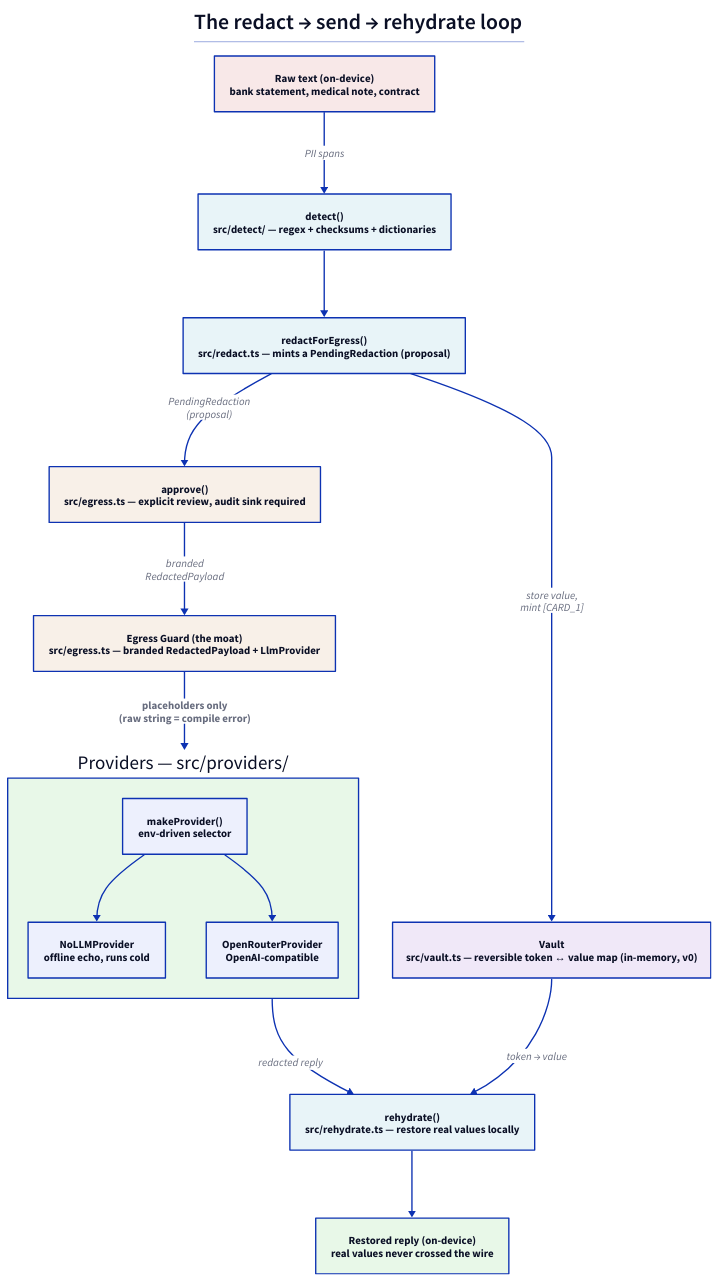
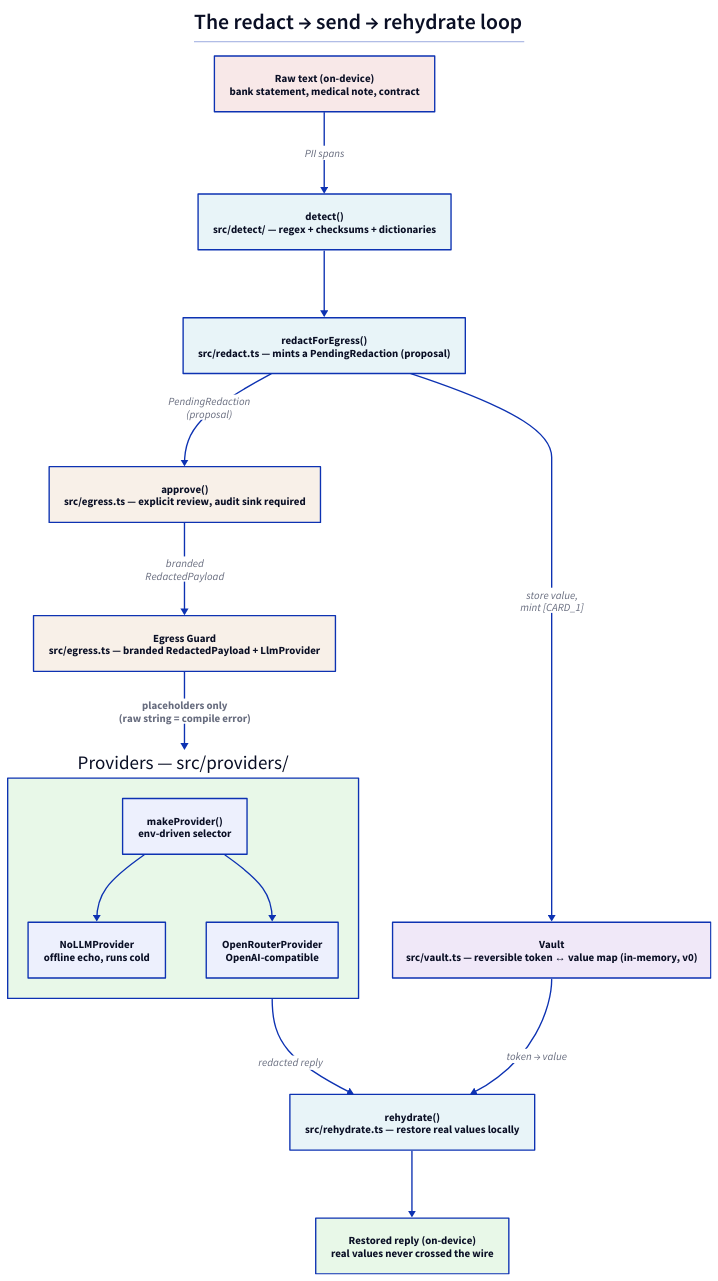
The diagram in docs/diagrams/privacy-loop.d2 (hseshadr/privacy-core), drawn with D2 before and after one commit. The commit also changed 5 other files, not shown here.

```diff
--- a/docs/diagrams/privacy-loop.d2
+++ b/docs/diagrams/privacy-loop.d2
@@ -1,58 +1,58 @@
 direction: down
 
 title: |md
   # The redact → send → rehydrate loop
 | {near: top-center}
 
 raw: "Raw text (on-device)\nbank statement, medical note, contract" {
   style.fill: "#f8e8e8"
 }
 
 detect: "detect()\nsrc/detect/ — regex + checksums + dictionaries" {
   style.fill: "#e8f4f8"
 }
 
 vault: "Vault\nsrc/vault.ts — reversible token ↔ value map (in-memory, v0)" {
   style.fill: "#f0e8f8"
 }
 
 redact: "redactForEgress()\nsrc/redact.ts — mints a PendingRedaction (proposal)" {
   style.fill: "#e8f4f8"
 }
 
 approve: "approve()\nsrc/egress.ts — explicit review, audit sink required" {
   style.fill: "#f8f0e8"
 }
 
-guard: "Egress Guard (the moat)\nsrc/egress.ts — branded RedactedPayload + LlmProvider" {
+guard: "Egress Guard\nsrc/egress.ts — branded RedactedPayload + LlmProvider" {
   style.fill: "#f8f0e8"
 }
 
 providers: "Providers — src/providers/" {
   style.fill: "#e8f8e8"
   nollm: "NoLLMProvider\noffline echo, runs cold"
   openrouter: "OpenRouterProvider\nOpenAI-compatible"
   factory: "makeProvider()\nenv-driven selector"
   factory -> nollm
   factory -> openrouter
 }
 
 rehydrate: "rehydrate()\nsrc/rehydrate.ts — restore real values locally" {
   style.fill: "#e8f4f8"
 }
 
 restored: "Restored reply (on-device)\nreal values never crossed the wire" {
   style.fill: "#e8f8e8"
 }
 
 raw -> detect: "PII spans"
 detect -> redact
 redact -> vault: "store value,\nmint [CARD_1]"
 redact -> approve: "PendingRedaction\n(proposal)"
 approve -> guard: "branded\nRedactedPayload"
 guard -> providers: "placeholders only\n(raw string = compile error)" {
   style.bold: true
 }
 providers -> rehydrate: "redacted reply"
 vault -> rehydrate: "token → value"
 rehydrate -> restored
```
